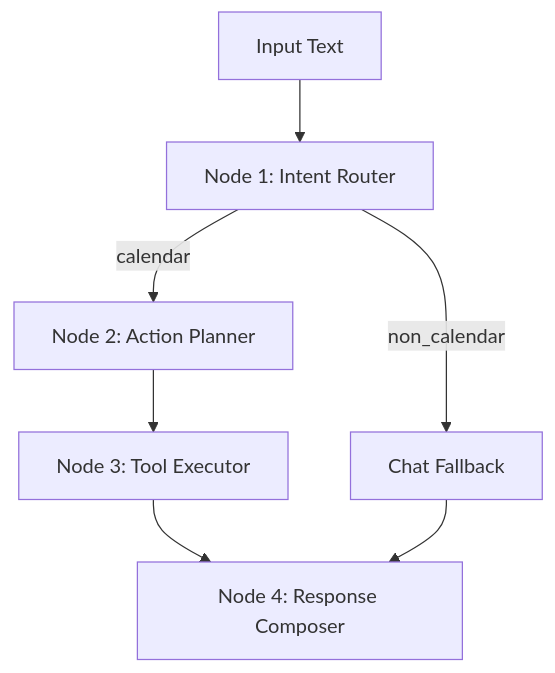
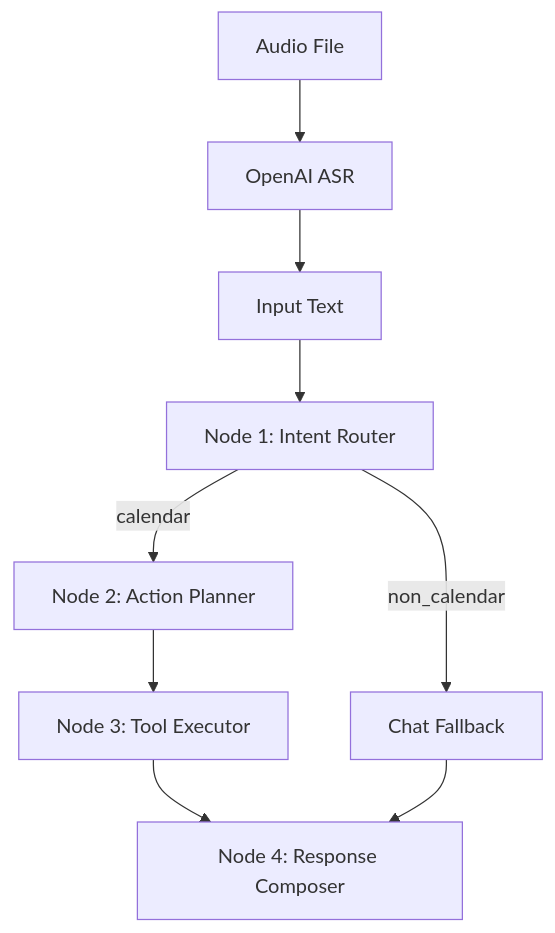
The diagram in backend/pr3_agent_design.md (zhaokaig/ai_calender), drawn with Mermaid before and after one commit. The commit also changed other lines of this file and 1 other file, not shown here.

````diff
--- a/backend/pr3_agent_design.md
+++ b/backend/pr3_agent_design.md
@@ -26,9 +32,11 @@
 ```mermaid
 flowchart TD
-  A["Input Text"] --> B["Node 1: Intent Router"]
+  Z["Audio File"] --> Y["OpenAI ASR"]
+  Y --> A["Input Text"]
+  A --> B["Node 1: Intent Router"]
   B -->|calendar| C["Node 2: Action Planner"]
   B -->|non_calendar| D["Chat Fallback"]
   C --> E["Node 3: Tool Executor"]
   E --> F["Node 4: Response Composer"]
   D --> F
 ```
````
